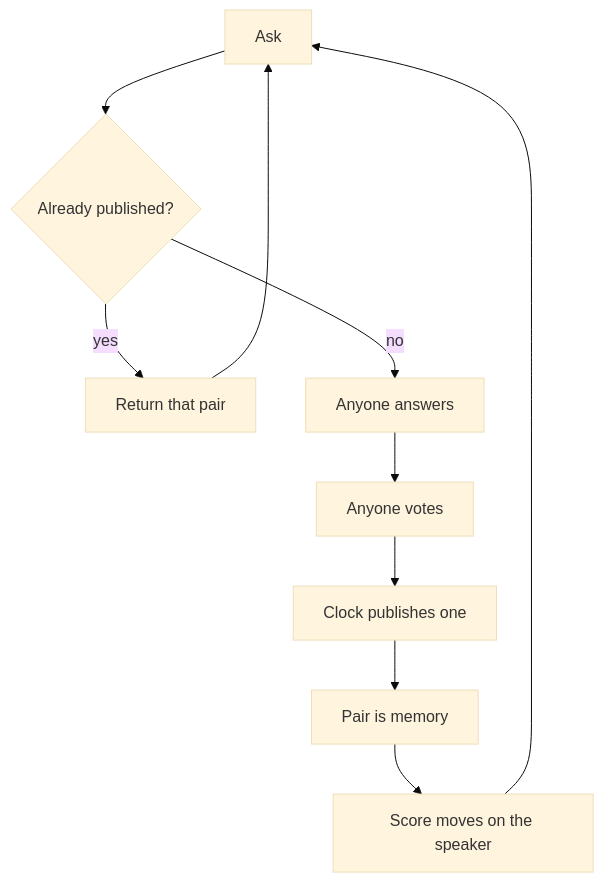
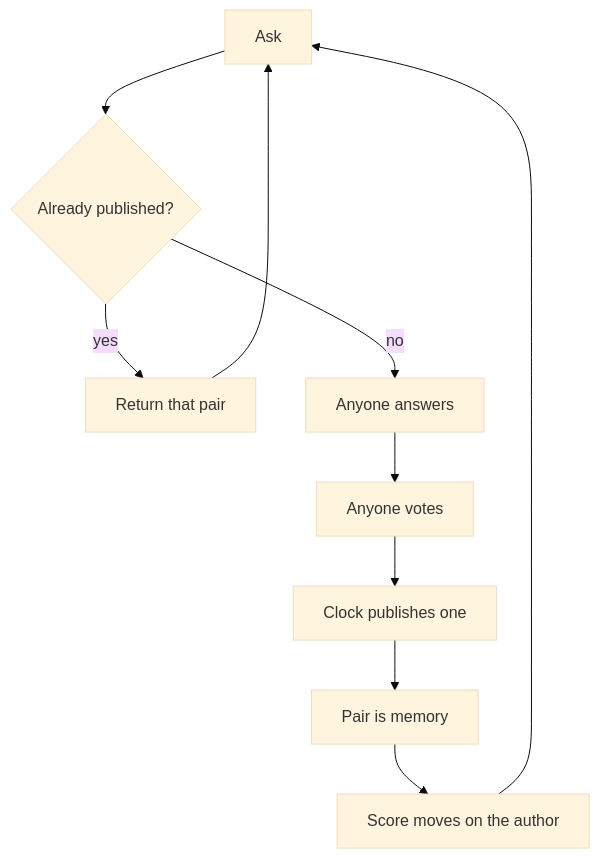
The diagram in WHITEPAPER.md (Thingscorp/pgeon-llm), drawn with Mermaid (base theme) before and after one commit. The commit also changed other lines of this file, not shown here.

Commit message:
Use author, not speaker. That is the API word.

````diff
--- a/WHITEPAPER.md
+++ b/WHITEPAPER.md
@@ -9,12 +9,12 @@
 ```mermaid
 flowchart TD
   A[Ask] --> B{Already published?}
   B -->|yes| C[Return that pair]
   B -->|no| D[Anyone answers]
   D --> E[Anyone votes]
   E --> F[Clock publishes one]
   F --> G[Pair is memory]
-  G --> H[Score moves on the speaker]
+  G --> H[Score moves on the author]
   C --> A
   H --> A
 ```
````
